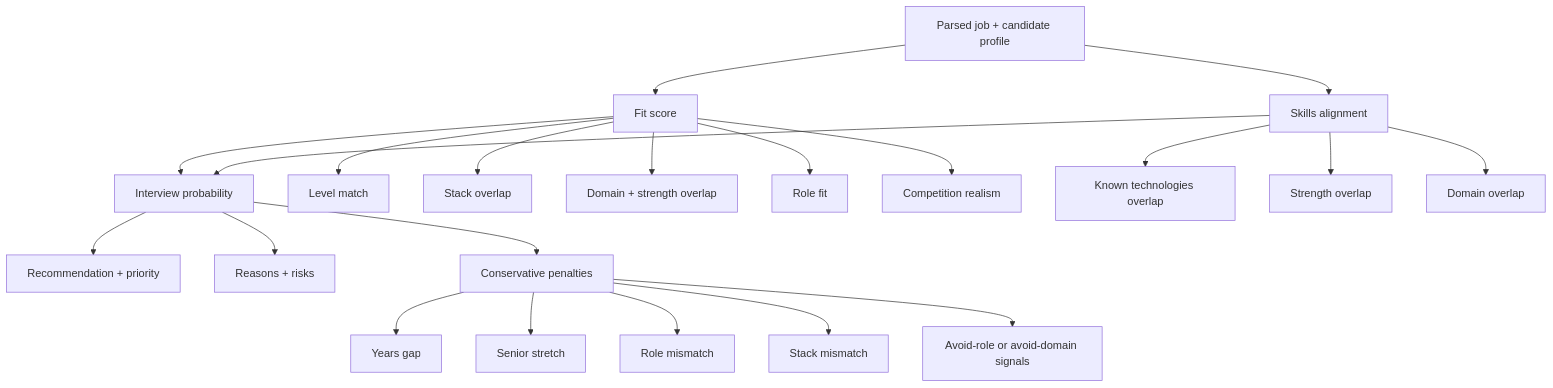
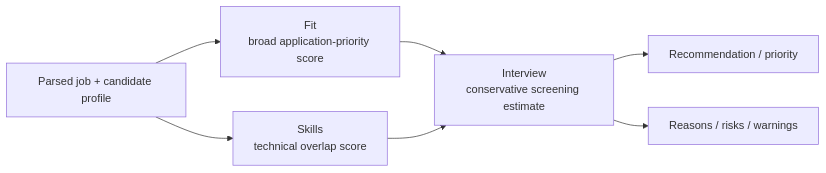
Before and after one commit to doulikecookiedough/find-jobs: the second of 2 diagrams in README.md, drawn with Mermaid. The commit also changed other lines of this file, not shown here.

Commit message:
docs: simplify scoring diagram and setup wording

````diff
--- a/README.md
+++ b/README.md
@@ -172,26 +172,9 @@
 ```mermaid
-flowchart TD
-    A["Parsed job + candidate profile"] --> B["Fit score"]
-    A --> C["Skills alignment"]
-    B --> D["Interview probability"]
+flowchart LR
+    A["Parsed job + candidate profile"] --> B["Fit<br/>broad application-priority score"]
+    A --> C["Skills<br/>technical overlap score"]
+    B --> D["Interview<br/>conservative screening estimate"]
     C --> D
-    D --> E["Recommendation + priority"]
-    D --> F["Reasons + risks"]
-
-    B --> B1["Level match"]
-    B --> B2["Stack overlap"]
-    B --> B3["Domain + strength overlap"]
-    B --> B4["Role fit"]
-    B --> B5["Competition realism"]
-
-    C --> C1["Known technologies overlap"]
-    C --> C2["Strength overlap"]
-    C --> C3["Domain overlap"]
-
-    D --> D1["Conservative penalties"]
-    D1 --> D11["Years gap"]
-    D1 --> D12["Senior stretch"]
-    D1 --> D13["Role mismatch"]
-    D1 --> D14["Stack mismatch"]
-    D1 --> D15["Avoid-role or avoid-domain signals"]
+    D --> E["Recommendation / priority"]
+    D --> F["Reasons / risks / warnings"]
 ```
````
